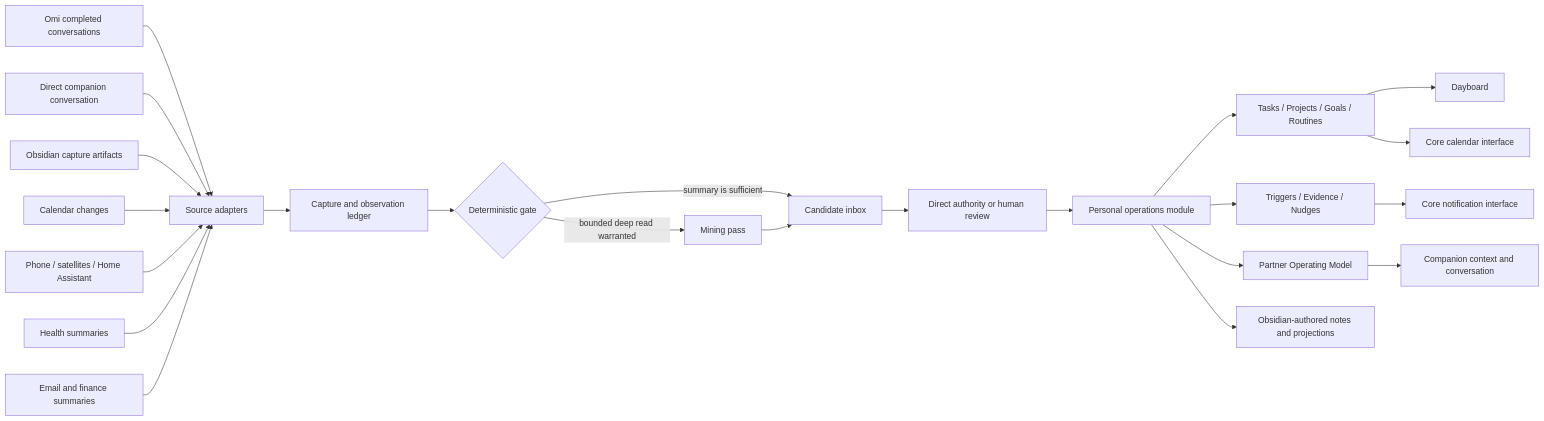
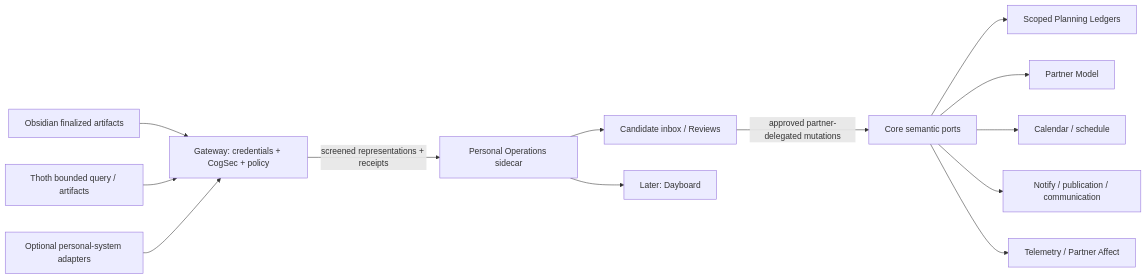
Before and after one commit to CGIC-AI/psfn-framework: the diagram in docs/productivity-pack.md, drawn with Mermaid. The commit also changed other lines of this file and 1 other file, not shown here.

Commit message:
docs: reframe personal operations architecture

````diff
--- a/docs/productivity-pack.md
+++ b/docs/productivity-pack.md
@@ -250,36 +338,29 @@
 ```mermaid
 flowchart LR
-    OMI[Omi completed conversations]
-    DIRECT[Direct companion conversation]
-    VAULT[Obsidian capture artifacts]
-    CAL[Calendar changes]
-    WORLD[Phone / satellites / Home Assistant]
-    HEALTH[Health summaries]
-    MAIL[Email and finance summaries]
+    VAULT[Obsidian finalized artifacts]
+    THOTH[Thoth bounded query / artifacts]
+    SOURCES[Optional personal-system adapters]
+    GATEWAY[Gateway: credentials + CogSec + policy]
+    SIDECAR[Personal Operations sidecar]
+    CANDIDATES[Candidate inbox / Reviews]
+    CORE[Core semantic ports]
+    PLAN[Scoped Planning Ledgers]
+    MODEL[Partner Model]
+    CAL[Calendar / schedule]
+    COMMS[Notify / publication / communication]
+    TEL[Telemetry / Partner Affect]
+    DAYBOARD[Later: Dayboard]
 
-    OMI --> ADAPTERS[Source adapters]
-    DIRECT --> ADAPTERS
-    VAULT --> ADAPTERS
-    CAL --> ADAPTERS
-    WORLD --> ADAPTERS
-    HEALTH --> ADAPTERS
-    MAIL --> ADAPTERS
-
-    ADAPTERS --> CAPTURE[Capture and observation ledger]
-    CAPTURE --> GATE{Deterministic gate}
-    GATE -->|summary is sufficient| CANDIDATES[Candidate inbox]
-    GATE -->|bounded deep read warranted| MINER[Mining pass]
-    MINER --> CANDIDATES
-    CANDIDATES --> REVIEW[Direct authority or human review]
-    REVIEW --> OPS[Personal operations module]
-
-    OPS --> TASKS[Tasks / Projects / Goals / Routines]
-    OPS --> TRIGGERS[Triggers / Evidence / Nudges]
-    OPS --> MODEL[Partner Operating Model]
-
-    TASKS --> DAYBOARD[Dayboard]
-    TASKS --> CALENDAR[Core calendar interface]
-    TRIGGERS --> NOTIFY[Core notification interface]
-    MODEL --> COMPANION[Companion context and conversation]
-    OPS --> OBSIDIAN[Obsidian-authored notes and projections]
+    VAULT --> GATEWAY
+    THOTH --> GATEWAY
+    SOURCES --> GATEWAY
+    GATEWAY -->|screened representations + receipts| SIDECAR
+    SIDECAR --> CANDIDATES
+    CANDIDATES -->|approved partner-delegated mutations| CORE
+    CORE --> PLAN
+    CORE --> MODEL
+    CORE --> CAL
+    CORE --> COMMS
+    CORE --> TEL
+    SIDECAR --> DAYBOARD
 ```
````
